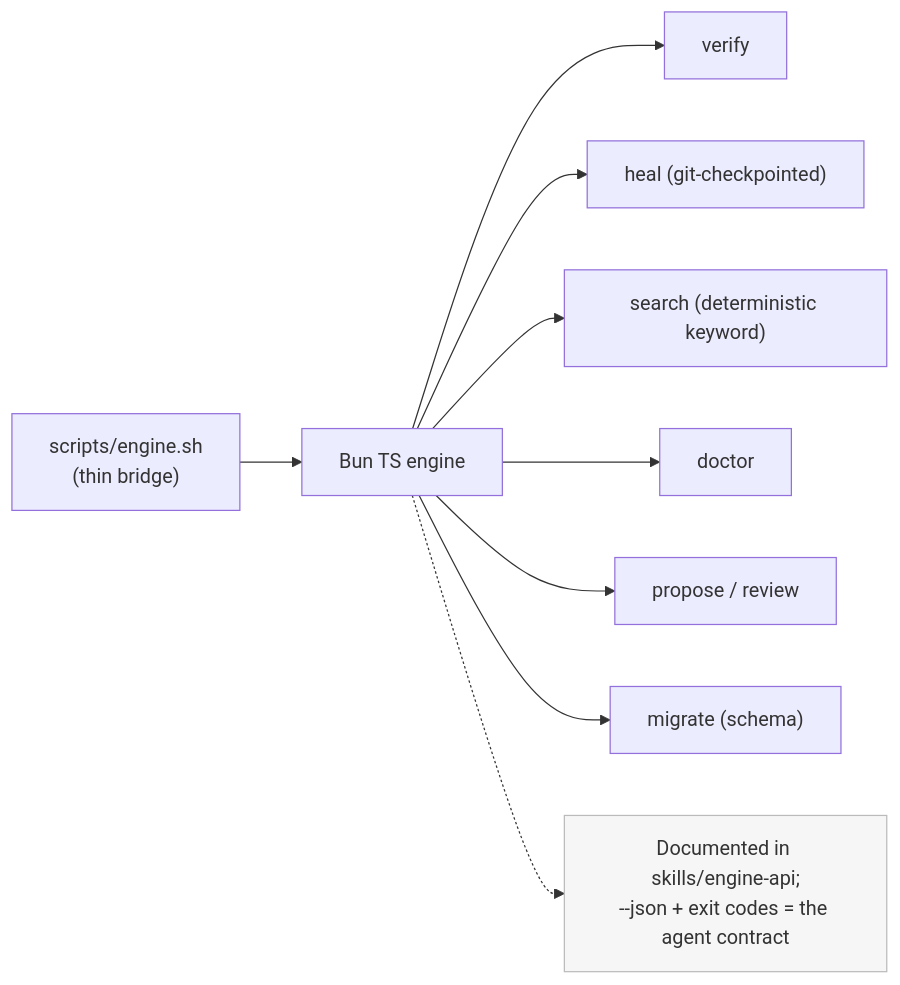
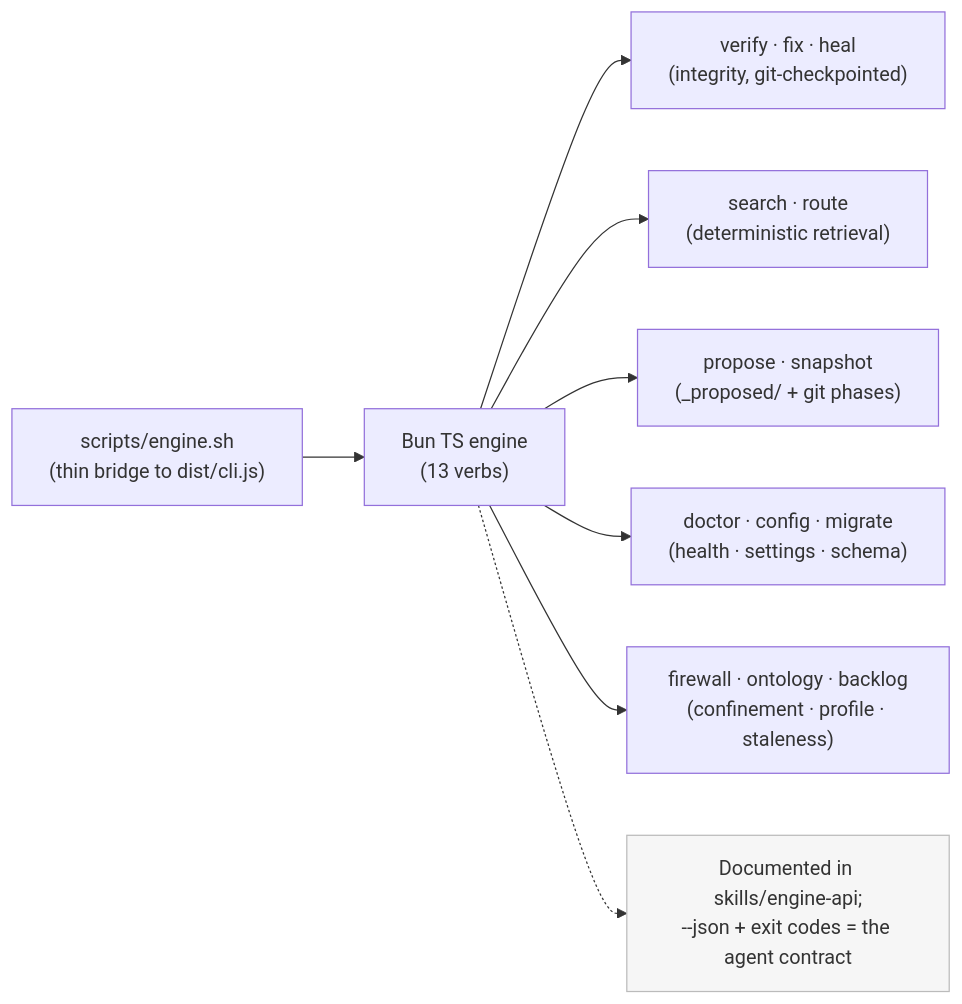
Before and after one commit to odere-pro/claude-wiki-pages-plugin: the third of 4 diagrams in docs/design/02-component-design.md, drawn with Mermaid. The commit also changed other lines of this file and 47 other files, not shown here.

First line of the commit message:
docs: apply voice pass, sync counts/diagrams, repoint stale vault-example paths

````diff
--- a/docs/design/02-component-design.md
+++ b/docs/design/02-component-design.md
@@ -76,13 +76,12 @@
 ```mermaid
 graph LR
-    cli["scripts/engine.sh<br/>(thin bridge)"] --> bun["Bun TS engine"]
-    bun --> verify["verify"]
-    bun --> heal["heal (git-checkpointed)"]
-    bun --> search["search (deterministic keyword)"]
-    bun --> doctor["doctor"]
-    bun --> propose["propose / review"]
-    bun --> migrate["migrate (schema)"]
+    cli["scripts/engine.sh<br/>(thin bridge to dist/cli.js)"] --> bun["Bun TS engine<br/>(13 verbs)"]
+    bun --> integ["verify · fix · heal<br/>(integrity, git-checkpointed)"]
+    bun --> retr["search · route<br/>(deterministic retrieval)"]
+    bun --> gate["propose · snapshot<br/>(_proposed/ + git phases)"]
+    bun --> gov["doctor · config · migrate<br/>(health · settings · schema)"]
+    bun --> struct["firewall · ontology · backlog<br/>(confinement · profile · staleness)"]
     note["Documented in skills/engine-api;<br/>--json + exit codes = the agent contract"]:::n
     bun -.-> note
     classDef n fill:#f6f6f6,stroke:#bbb,color:#333;
 ```
````
